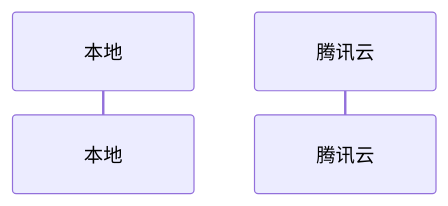
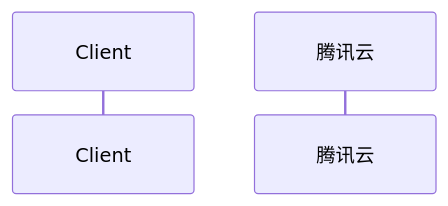
The diagram in all/未命名-5.md (HY-10-8/iodraw-files), drawn with Mermaid before and after one commit.

Commit message:
2026-04-24 10:24:35 update

````diff
--- a/all/未命名-5.md
+++ b/all/未命名-5.md
@@ -1,9 +1,9 @@
 ```mermaid
 sequenceDiagram
     autonumber
 
-    participant Client as 本地
+    participant 本地 as Client
     participant Server as 腾讯云
 
-    
+
 ```
````
